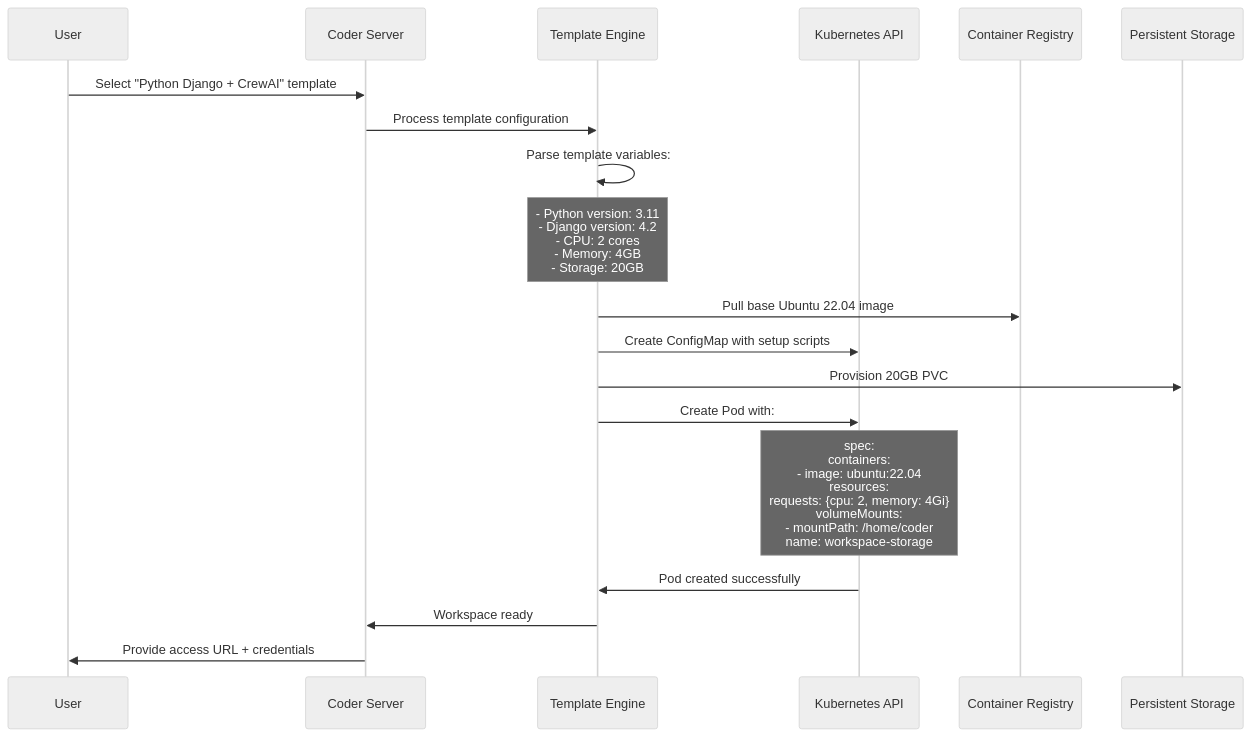
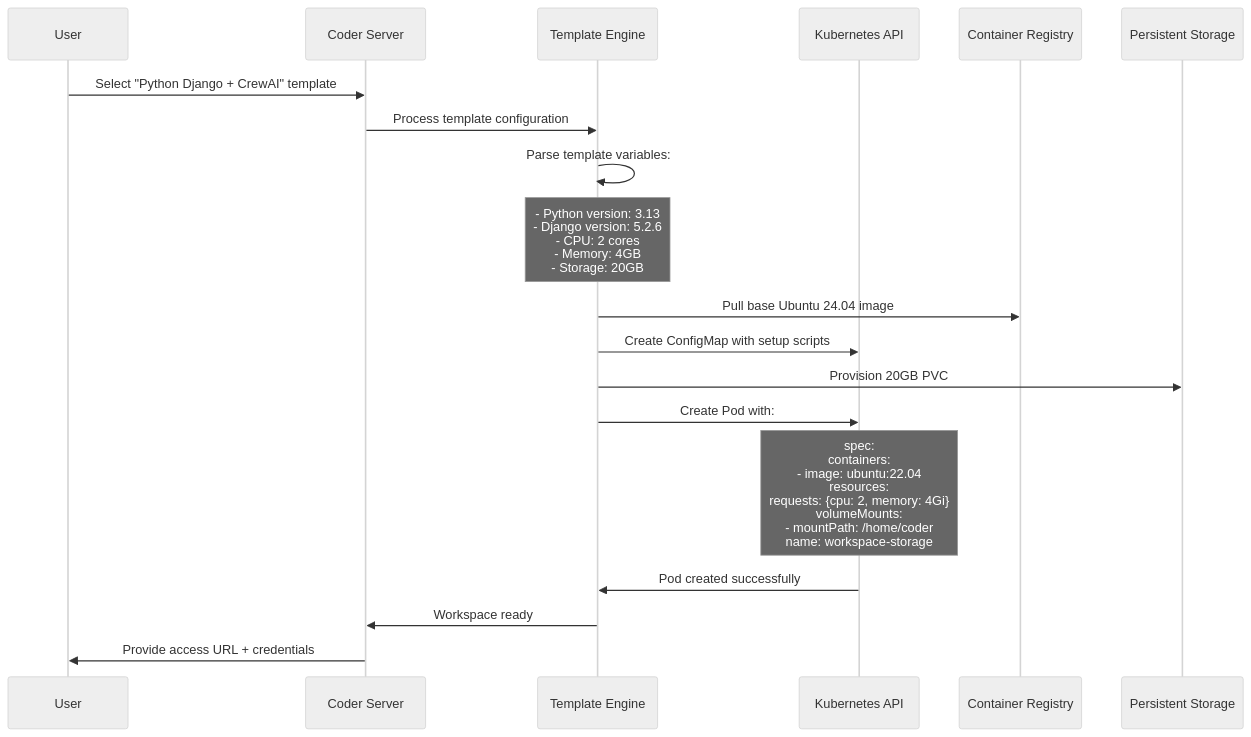
Before and after one commit to pacphi/bootstrap-coder-on-scaleway: diagram 13 of 23 in docs/ARCHITECTURE.md, drawn with Mermaid (neutral theme). The commit also changed other lines of this file and 84 other files, not shown here.

````diff
--- a/docs/ARCHITECTURE.md
+++ b/docs/ARCHITECTURE.md
@@ -671,26 +671,26 @@
 ```mermaid
 sequenceDiagram
     participant User as User
     participant Coder as Coder Server
     participant Template as Template Engine
     participant K8s as Kubernetes API
     participant Registry as Container Registry
     participant Storage as Persistent Storage
 
     User->>Coder: Select "Python Django + CrewAI" template
     Coder->>Template: Process template configuration
 
     Template->>Template: Parse template variables:
-    Note over Template: - Python version: 3.11<br/>- Django version: 4.2<br/>- CPU: 2 cores<br/>- Memory: 4GB<br/>- Storage: 20GB
+    Note over Template: - Python version: 3.13<br/>- Django version: 5.2.6<br/>- CPU: 2 cores<br/>- Memory: 4GB<br/>- Storage: 20GB
 
-    Template->>Registry: Pull base Ubuntu 22.04 image
+    Template->>Registry: Pull base Ubuntu 24.04 image
     Template->>K8s: Create ConfigMap with setup scripts
     Template->>Storage: Provision 20GB PVC
 
     Template->>K8s: Create Pod with:
     Note over K8s: spec:<br/>  containers:<br/>  - image: ubuntu:22.04<br/>    resources:<br/>      requests: {cpu: 2, memory: 4Gi}<br/>    volumeMounts:<br/>    - mountPath: /home/coder<br/>      name: workspace-storage
 
     K8s->>Template: Pod created successfully
     Template->>Coder: Workspace ready
     Coder->>User: Provide access URL + credentials
 ```
````
